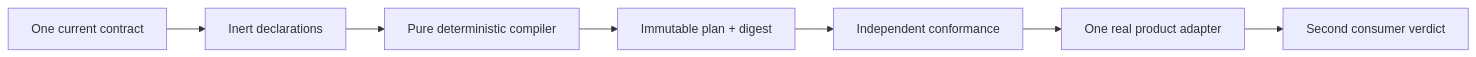
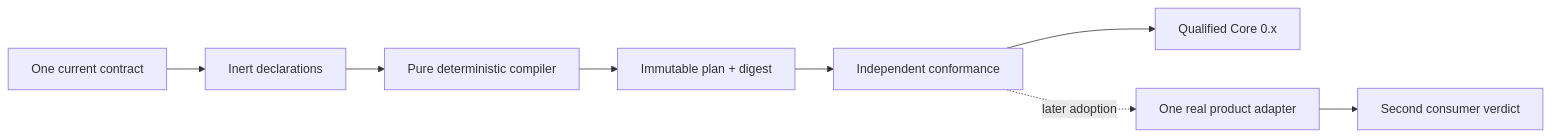
One commit to agent-teams-ai/get-modular changed the first of 2 diagrams in docs/architecture/mvp-implementation-roadmap.md. Above: the diagram before and after it, drawn with Mermaid. The commit also changed other lines of this file, not shown here.

Commit message:
docs(architecture): make MVP roadmap authority-safe

````diff
--- a/docs/architecture/mvp-implementation-roadmap.md
+++ b/docs/architecture/mvp-implementation-roadmap.md
@@ -33,9 +36,10 @@
 ```mermaid
 flowchart LR
     Contract["One current contract"] --> Declarations["Inert declarations"]
     Declarations --> Compiler["Pure deterministic compiler"]
     Compiler --> Plan["Immutable plan + digest"]
     Plan --> Conformance["Independent conformance"]
-    Conformance --> Consumer["One real product adapter"]
+    Conformance --> Core["Qualified Core 0.x"]
+    Conformance -. later adoption .-> Consumer["One real product adapter"]
     Consumer --> Second["Second consumer verdict"]
 ```
````
